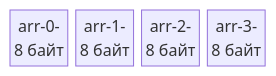
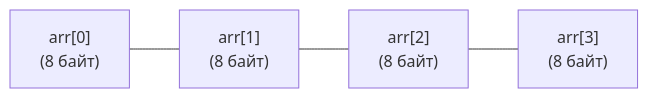
Before and after one commit to UnrealTemplier/go-textbook: the diagram in sources/5. Учебник по Go (Основы и синтаксис)/15. Массивы и их особенности.md, drawn with Mermaid. The commit also changed other lines of this file, not shown here.

````diff
--- a/sources/5. Учебник по Go (Основы и синтаксис)/15. Массивы и их особенности.md
+++ b/sources/5. Учебник по Go (Основы и синтаксис)/15. Массивы и их особенности.md
@@ -44,5 +57,4 @@
 ```mermaid
-block-beta
-  columns 4
-  A["arr-0-<br>8 байт"] B["arr-1-<br>8 байт"] C["arr-2-<br>8 байт"] D["arr-3-<br>8 байт"]
+flowchart LR
+    A["arr[0]<br>(8 байт)"] --- B["arr[1]<br>(8 байт)"] --- C["arr[2]<br>(8 байт)"] --- D["arr[3]<br>(8 байт)"]
 ```
````
